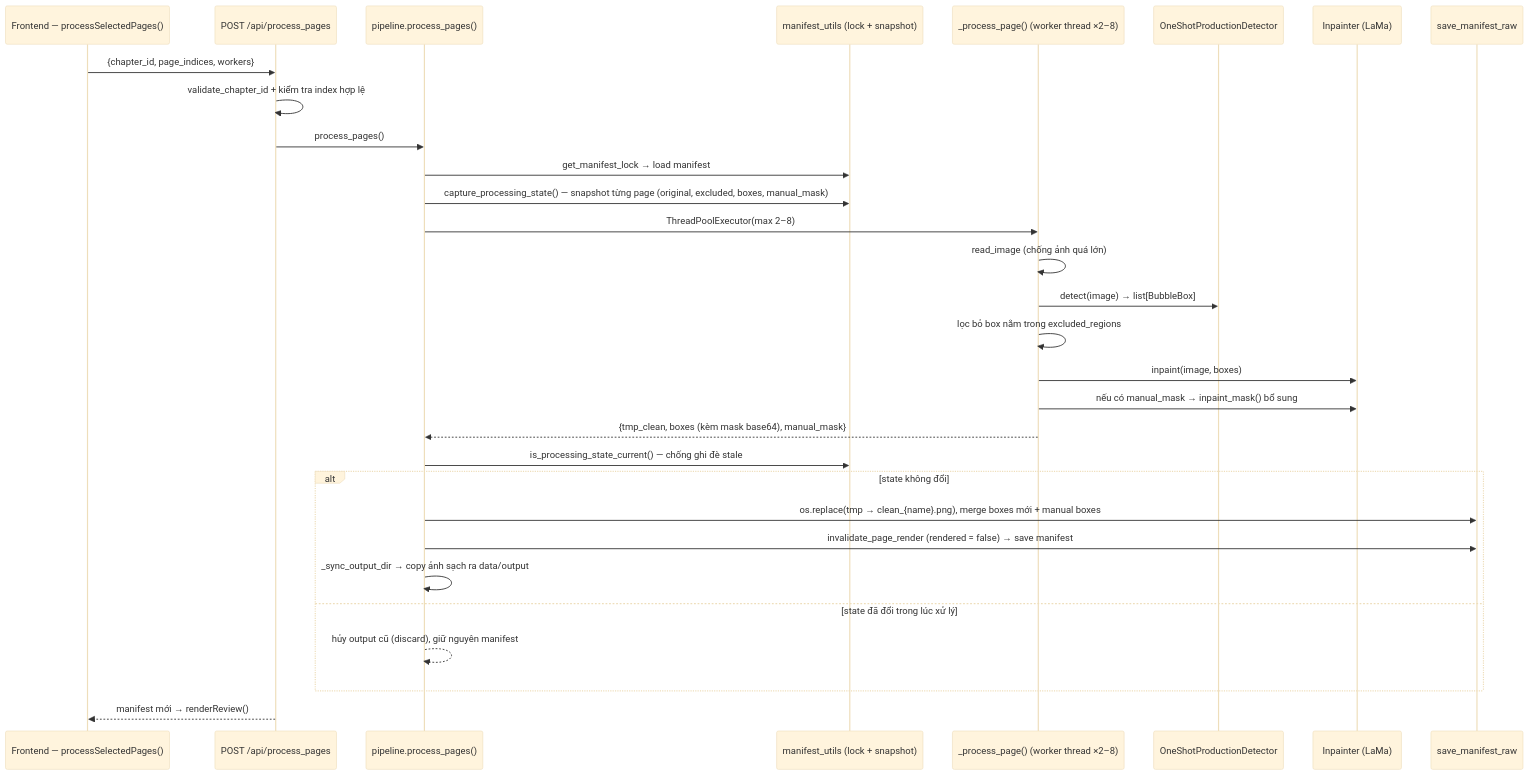
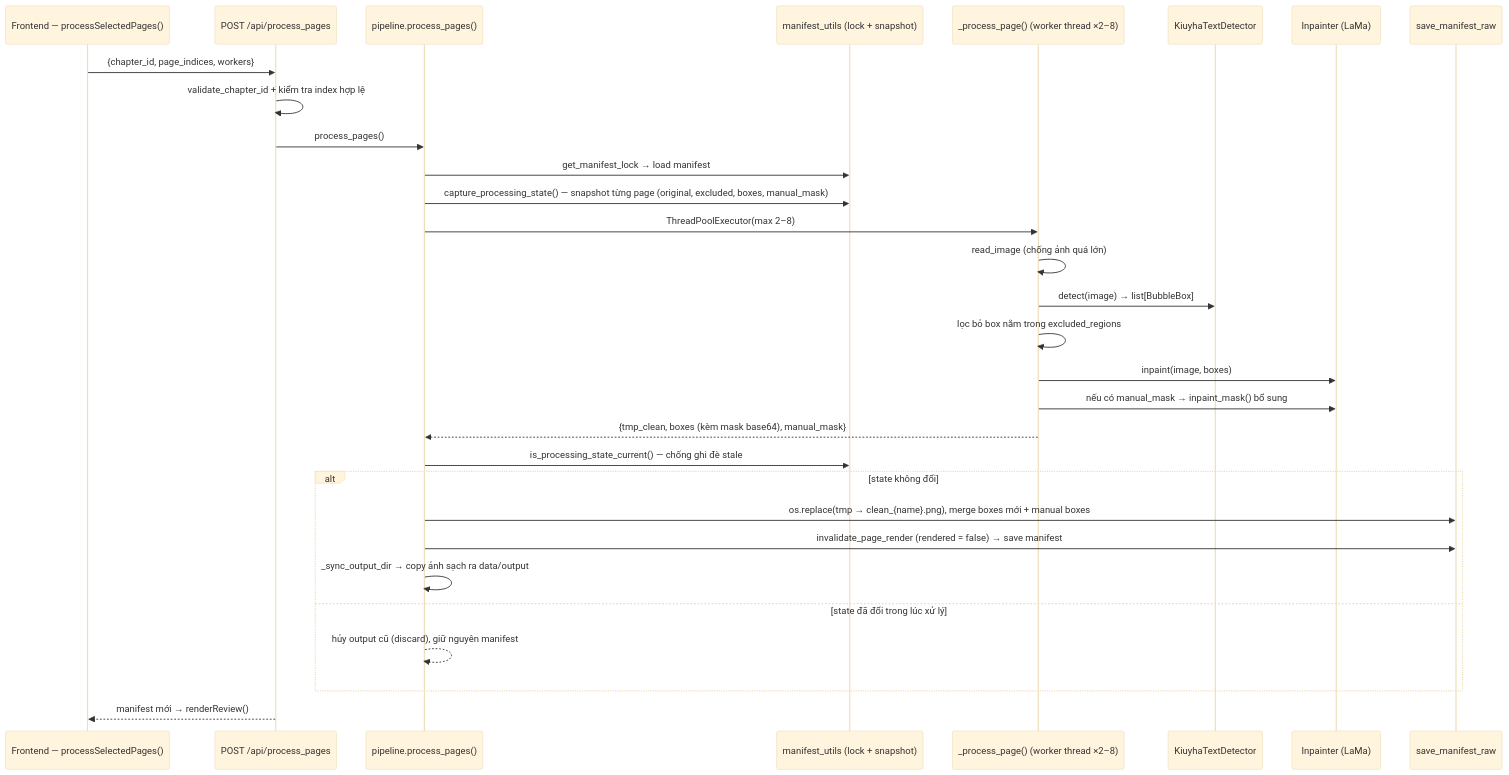
The fifth of 12 diagrams in docs/ARCHITECTURE.md (tuantran00541-spec/manga-translator), drawn with Mermaid (base theme) before and after one commit. The commit also changed other lines of this file and 47 other files, not shown here.

````diff
--- a/docs/ARCHITECTURE.md
+++ b/docs/ARCHITECTURE.md
@@ -141,33 +144,33 @@
 ```mermaid
 sequenceDiagram
     participant UI as Frontend — processSelectedPages()
     participant RT as POST /api/process_pages
     participant PL as pipeline.process_pages()
     participant LK as manifest_utils (lock + snapshot)
     participant PP as _process_page() (worker thread ×2–8)
-    participant DET as OneShotProductionDetector
+    participant DET as KiuyhaTextDetector
     participant LAMA as Inpainter (LaMa)
     participant MAN as save_manifest_raw
 
     UI->>RT: {chapter_id, page_indices, workers}
     RT->>RT: validate_chapter_id + kiểm tra index hợp lệ
     RT->>PL: process_pages()
     PL->>LK: get_manifest_lock → load manifest
     PL->>LK: capture_processing_state() — snapshot từng page (original, excluded, boxes, manual_mask)
     PL->>PP: ThreadPoolExecutor(max 2–8)
     PP->>PP: read_image (chống ảnh quá lớn)
     PP->>DET: detect(image) → list[BubbleBox]
     PP->>PP: lọc bỏ box nằm trong excluded_regions
     PP->>LAMA: inpaint(image, boxes)
     PP->>LAMA: nếu có manual_mask → inpaint_mask() bổ sung
     PP-->>PL: {tmp_clean, boxes (kèm mask base64), manual_mask}
     PL->>LK: is_processing_state_current() — chống ghi đè stale
     alt state không đổi
         PL->>MAN: os.replace(tmp → clean_{name}.png), merge boxes mới + manual boxes
         PL->>MAN: invalidate_page_render (rendered = false) → save manifest
         PL->>PL: _sync_output_dir → copy ảnh sạch ra data/output
     else state đã đổi trong lúc xử lý
         PL-->>PL: hủy output cũ (discard), giữ nguyên manifest
     end
     RT-->>UI: manifest mới → renderReview()
 ```
````
